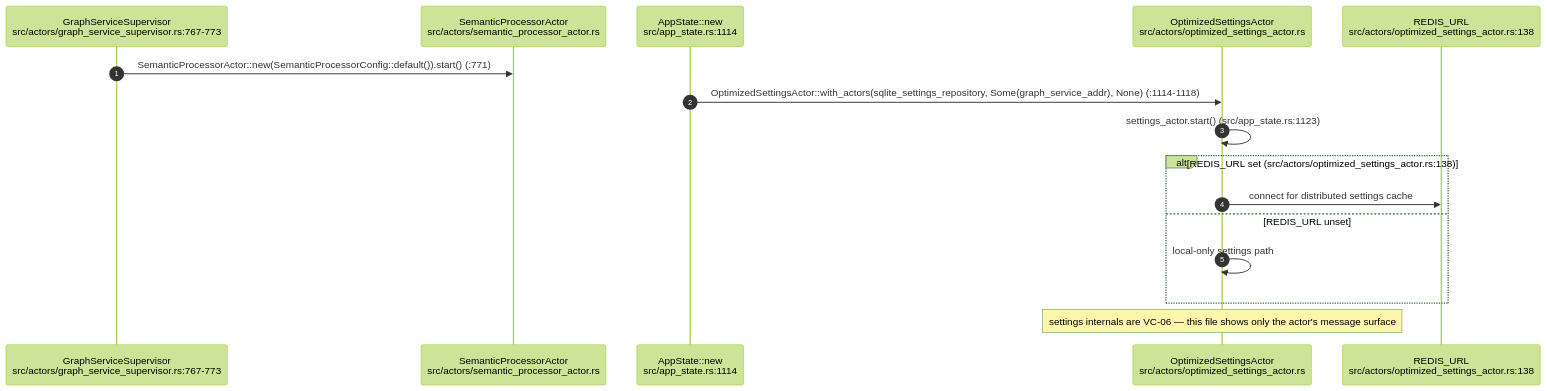
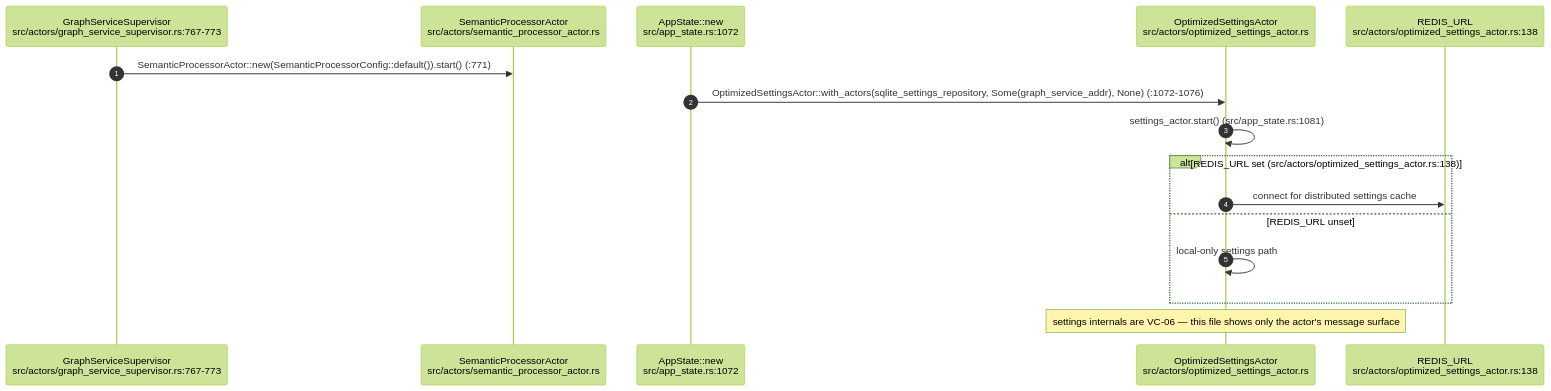
Before and after one commit to DreamLab-AI/VisionFlow: diagram 11 of 14 in docs/diagrams/visionclaw/02-actor-supervision.md, drawn with Mermaid (forest theme). The commit also changed other lines of this file and 46 other files, not shown here.

Commit message:
docs(diagrams): re-verify VisionClaw topics at 809a859aa/a950f4d80 after the consolidation pass

````diff
--- a/docs/diagrams/visionclaw/02-actor-supervision.md
+++ b/docs/diagrams/visionclaw/02-actor-supervision.md
@@ -455,19 +455,19 @@
 ```mermaid
 sequenceDiagram
     autonumber
     participant GSS as GraphServiceSupervisor<br/>src/actors/graph_service_supervisor.rs:767-773
     participant SP as SemanticProcessorActor<br/>src/actors/semantic_processor_actor.rs
-    participant APP as AppState::new<br/>src/app_state.rs:1114
+    participant APP as AppState::new<br/>src/app_state.rs:1072
     participant SET as OptimizedSettingsActor<br/>src/actors/optimized_settings_actor.rs
     participant REDIS as REDIS_URL<br/>src/actors/optimized_settings_actor.rs:138
 
     GSS->>SP: SemanticProcessorActor::new(SemanticProcessorConfig::default()).start() (:771)
-    APP->>SET: OptimizedSettingsActor::with_actors(sqlite_settings_repository, Some(graph_service_addr), None) (:1114-1118)
-    SET->>SET: settings_actor.start() (src/app_state.rs:1123)
+    APP->>SET: OptimizedSettingsActor::with_actors(sqlite_settings_repository, Some(graph_service_addr), None) (:1072-1076)
+    SET->>SET: settings_actor.start() (src/app_state.rs:1081)
     alt REDIS_URL set (src/actors/optimized_settings_actor.rs:138)
         SET->>REDIS: connect for distributed settings cache
     else REDIS_URL unset
         SET->>SET: local-only settings path
     end
     Note over SET: settings internals are VC-06 — this file shows only the actor's message surface
 ```
````
